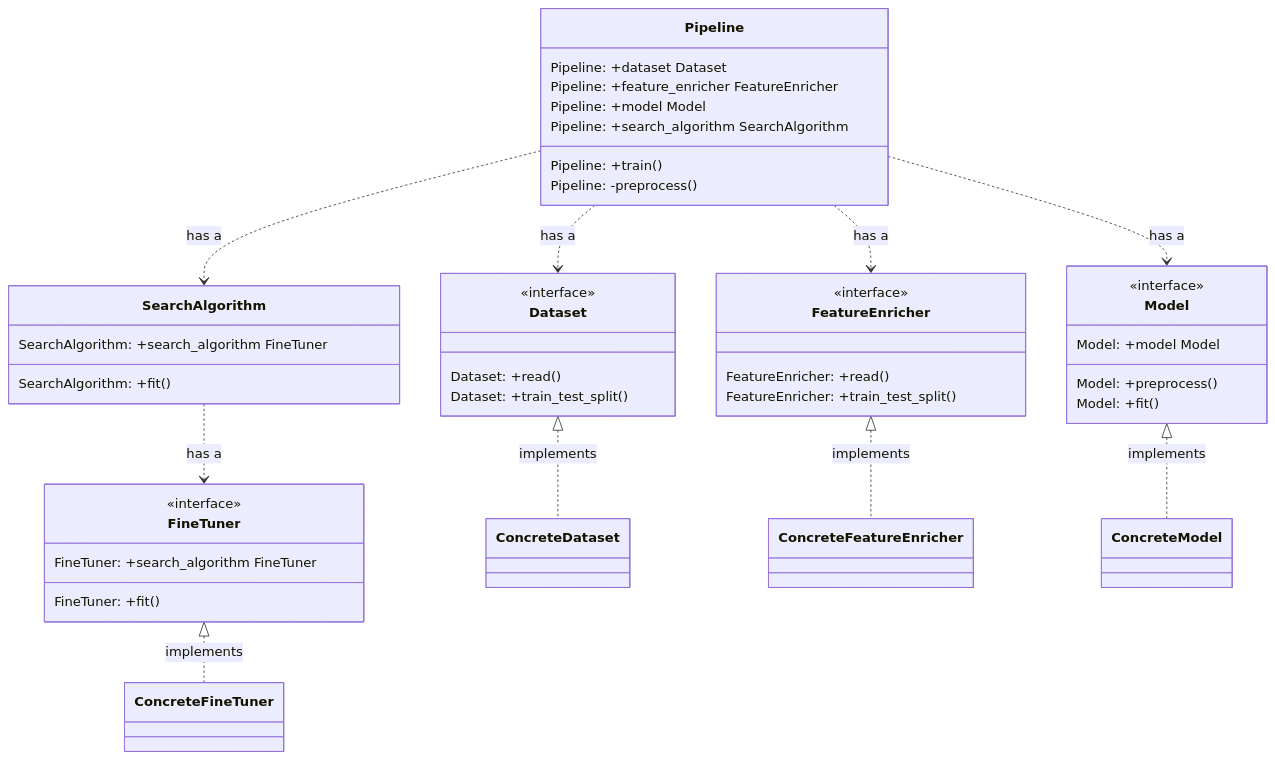
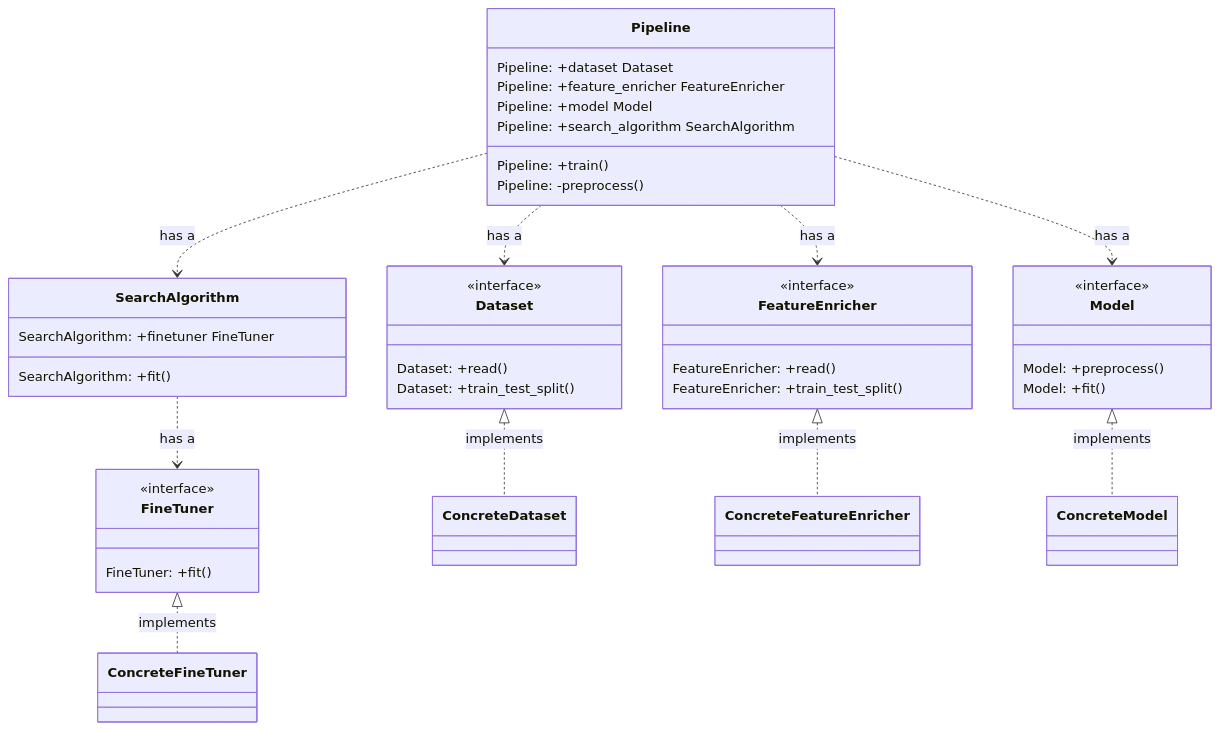
Before and after one commit to UribeAlejandro/DesignPatterns-MLFlow-for-ExperimentTracking: the seventh of 7 diagrams in README.md, drawn with Mermaid. The commit also changed other lines of this file, not shown here.

````diff
--- a/README.md
+++ b/README.md
@@ -252,60 +247,57 @@
 ```mermaid
 classDiagram-v2
     class Pipeline{
         Pipeline: +dataset Dataset
         Pipeline: +feature_enricher FeatureEnricher
         Pipeline: +model Model
         Pipeline: +search_algorithm SearchAlgorithm
         Pipeline: +train()
         Pipeline: -preprocess()
     }
 
     class Dataset{
         <<interface>>
         Dataset: +read()
         Dataset: +train_test_split()
 
     }
 
     class FeatureEnricher{
         <<interface>>
         FeatureEnricher: +read()
         FeatureEnricher: +train_test_split()
 
     }
 
     class Model{
         <<interface>>
-        Model: +model Model
         Model: +preprocess()
         Model: +fit()
     }
 
     class SearchAlgorithm{
-        SearchAlgorithm: +search_algorithm FineTuner
+        SearchAlgorithm: +finetuner FineTuner
         SearchAlgorithm: +fit()
       }
 
     class FineTuner{
         <<interface>>
-        FineTuner: +search_algorithm FineTuner
         FineTuner: +fit()
     }
 
 
     Pipeline ..> Dataset : has a
     Pipeline ..> FeatureEnricher : has a
     Pipeline ..> Model : has a
     Pipeline ..> SearchAlgorithm : has a
 
     SearchAlgorithm ..> FineTuner : has a
 
     Dataset <|.. ConcreteDataset : implements
 
     FeatureEnricher <|.. ConcreteFeatureEnricher : implements
 
     Model <|.. ConcreteModel : implements
 
     FineTuner <|.. Concrete FineTuner : implements
-
 ```
````
